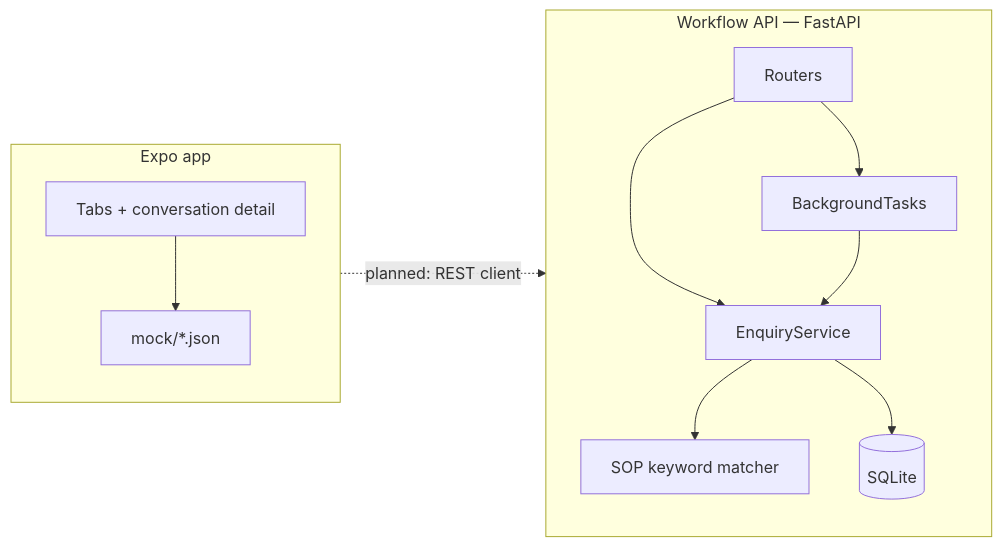
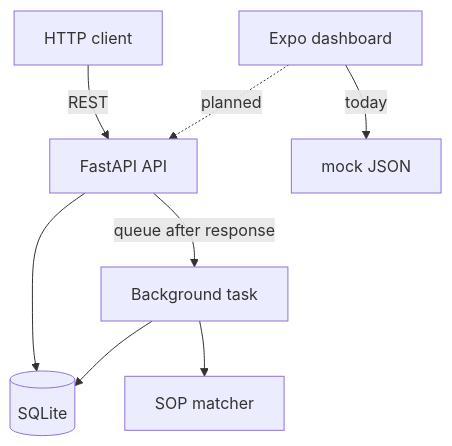
The diagram in README.md (HarshYadav1711/SignalDesk), drawn with Mermaid before and after one commit. The commit also changed 5 other files, not shown here.

Commit message:
docs: add lightweight architecture overview for workflow clarity

````diff
--- a/README.md
+++ b/README.md
@@ -54,23 +54,18 @@
 ```mermaid
-flowchart LR
-  subgraph ops [Expo app]
-    UI[Tabs + conversation detail]
-    Mock[mock/*.json]
-    UI --> Mock
-  end
+flowchart TB
+  Client[HTTP client]
+  API[FastAPI API]
+  BG[Background task]
+  SOP[SOP matcher]
+  DB[(SQLite)]
+  Dash[Expo dashboard]
+  Mock[mock JSON]
 
-  subgraph core [Workflow API — FastAPI]
-    API[Routers]
-    SVC[EnquiryService]
-    BG[BackgroundTasks]
-    SOP[SOP keyword matcher]
-    DB[(SQLite)]
-    API --> SVC
-    API --> BG
-    BG --> SVC
-    SVC --> SOP
-    SVC --> DB
-  end
-
-  ops -.->|planned: REST client| core
+  Client -->|REST| API
+  API --> DB
+  API -->|queue after response| BG
+  BG --> SOP
+  BG --> DB
+  Dash -->|today| Mock
+  Dash -.->|planned| API
 ```
````
